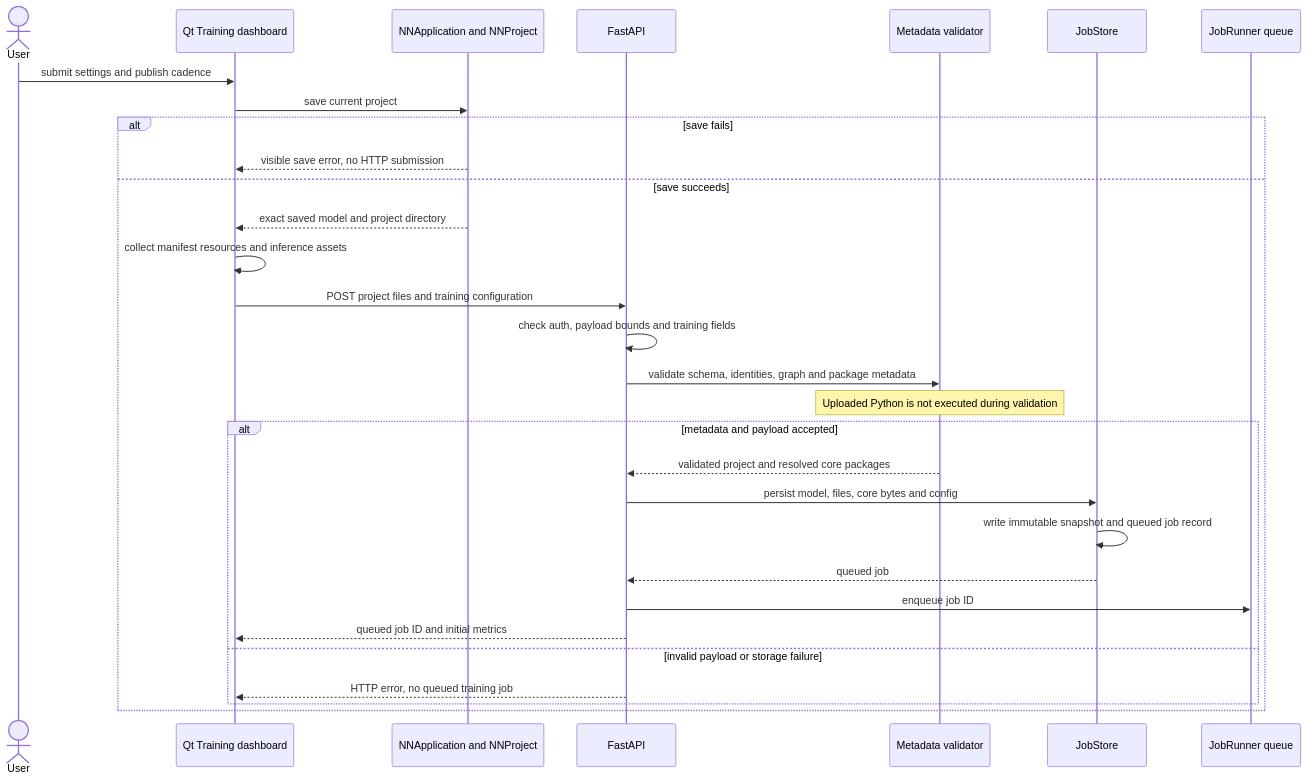
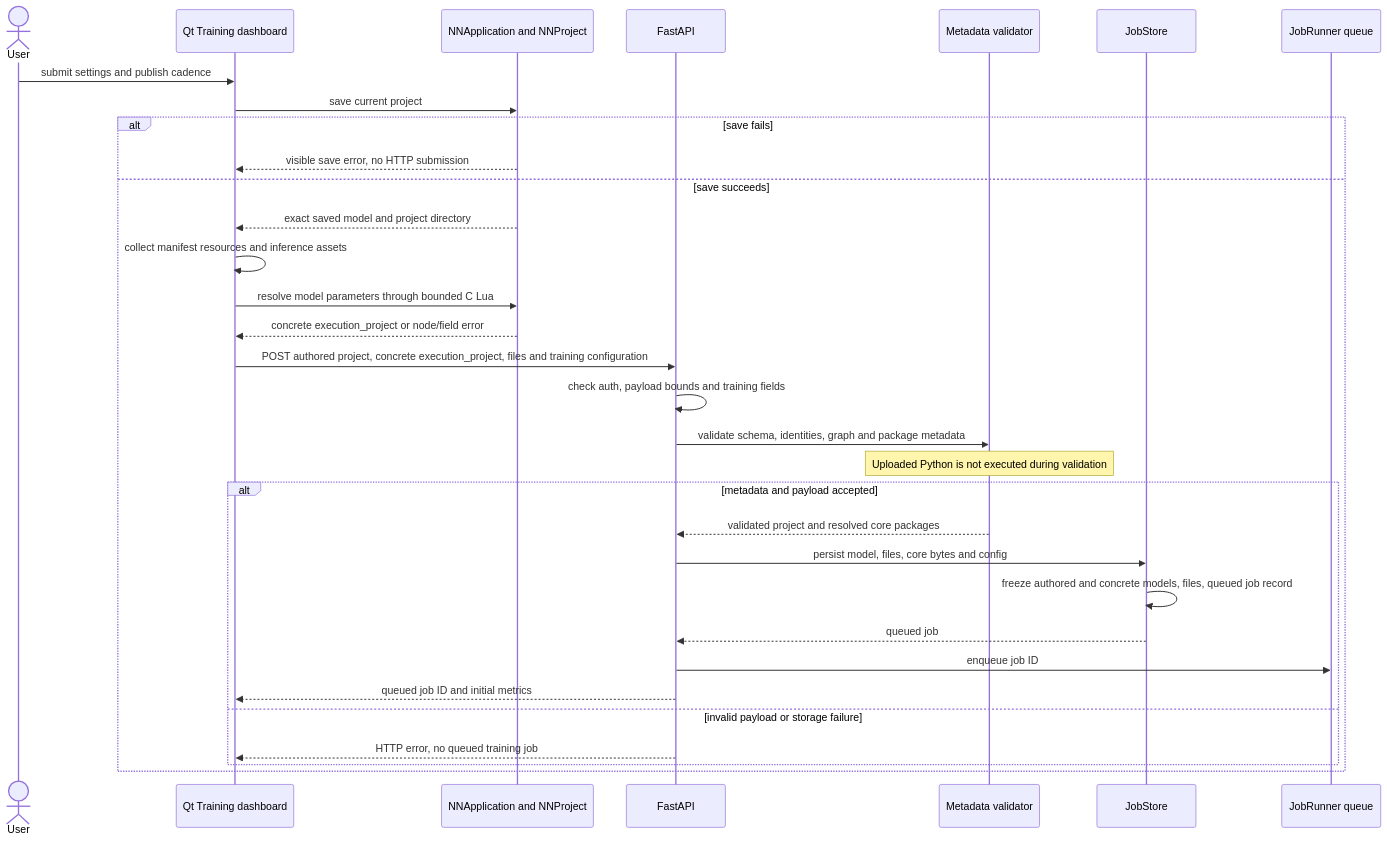
One commit to LucaSforza/nnmodelling-ui changed the first of 6 diagrams in docs/knowledge/uml/sequences/backend-training.md. Above: the diagram before and after it, drawn with Mermaid. The commit also changed other lines of this file and 13 other files, not shown here.

````diff
--- a/docs/knowledge/uml/sequences/backend-training.md
+++ b/docs/knowledge/uml/sequences/backend-training.md
@@ -12,32 +12,34 @@
 ```mermaid
   sequenceDiagram
     actor User
     participant UI as Qt Training dashboard
     participant C as NNApplication and NNProject
     participant API as FastAPI
     participant Validate as Metadata validator
     participant Store as JobStore
     participant Runner as JobRunner queue
     User->>UI: submit settings and publish cadence
     UI->>C: save current project
     alt save fails
       C-->>UI: visible save error, no HTTP submission
     else save succeeds
       C-->>UI: exact saved model and project directory
       UI->>UI: collect manifest resources and inference assets
-      UI->>API: POST project files and training configuration
+      UI->>C: resolve model parameters through bounded C Lua
+      C-->>UI: concrete execution_project or node/field error
+      UI->>API: POST authored project, concrete execution_project, files and training configuration
       API->>API: check auth, payload bounds and training fields
       API->>Validate: validate schema, identities, graph and package metadata
       Note over Validate: Uploaded Python is not executed during validation
       alt metadata and payload accepted
         Validate-->>API: validated project and resolved core packages
         API->>Store: persist model, files, core bytes and config
-        Store->>Store: write immutable snapshot and queued job record
+        Store->>Store: freeze authored and concrete models, files, queued job record
         Store-->>API: queued job
         API->>Runner: enqueue job ID
         API-->>UI: queued job ID and initial metrics
       else invalid payload or storage failure
         API-->>UI: HTTP error, no queued training job
       end
     end
 ```
````
